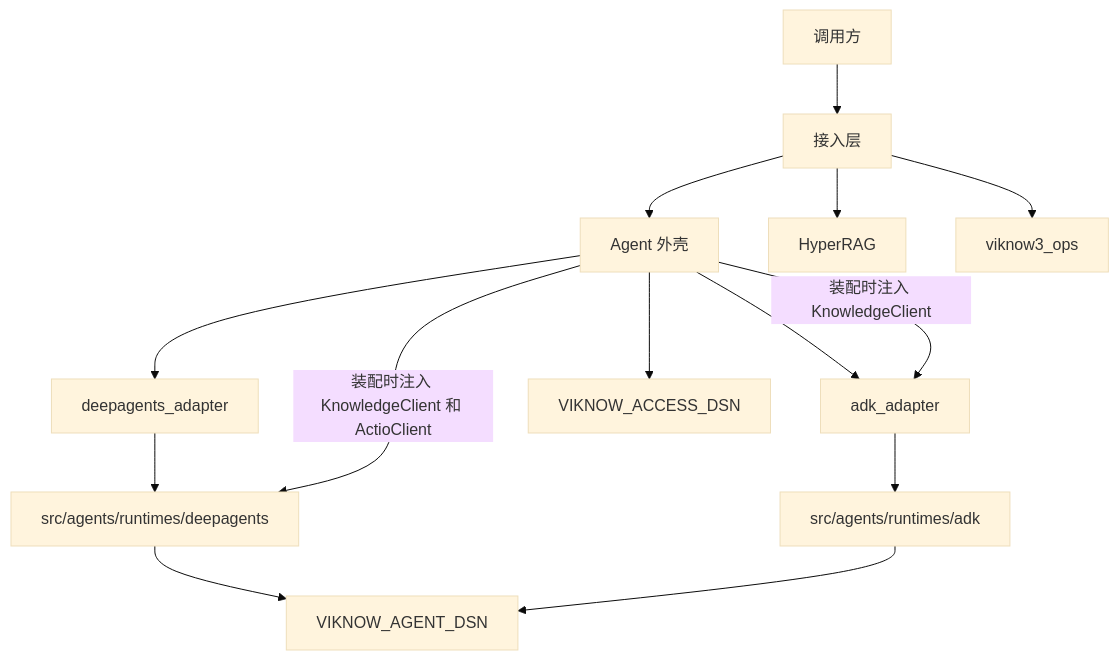
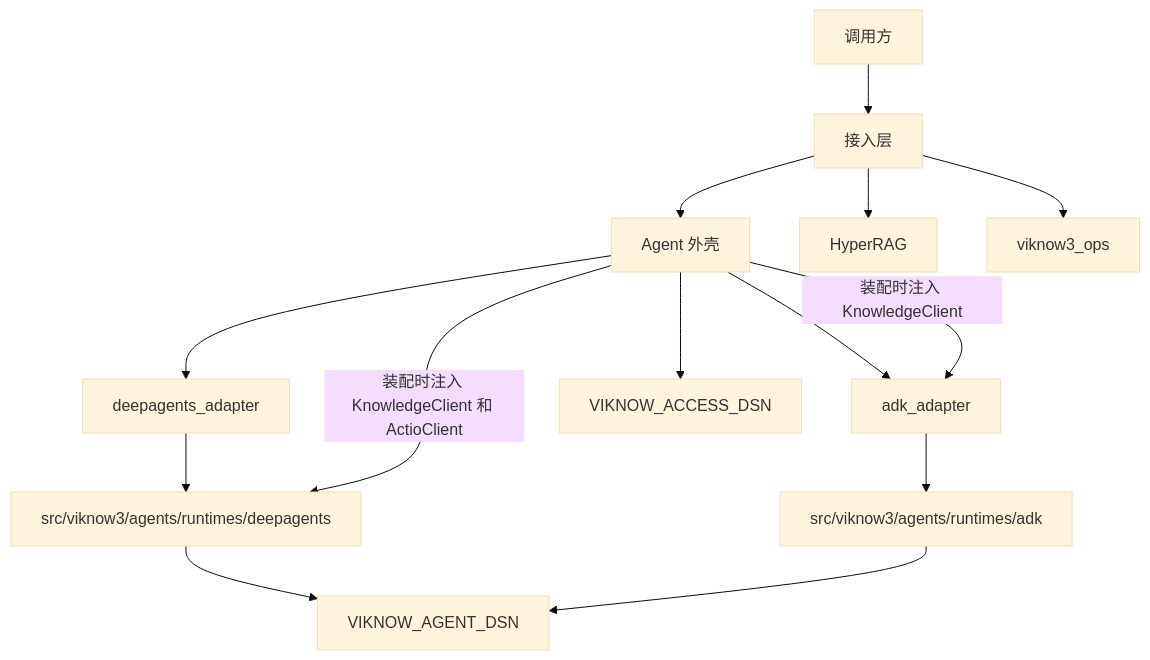
One commit to bigwubro/viknow-cloud-agent-bridge changed the diagram in viknow3-work/docs/overview.md. Above: the diagram before and after it, drawn with Mermaid (base theme). The commit also changed other lines of this file and 364 other files, not shown here.

````diff
--- a/viknow3-work/docs/overview.md
+++ b/viknow3-work/docs/overview.md
@@ -24,26 +24,26 @@
 ```mermaid
 flowchart TB
   caller["调用方"]
   access["接入层"]
   agent["Agent 外壳"]
   adapter["deepagents_adapter"]
-  runtime["src/agents/runtimes/deepagents"]
+  runtime["src/viknow3/agents/runtimes/deepagents"]
   adk["adk_adapter"]
-  adkrt["src/agents/runtimes/adk"]
+  adkrt["src/viknow3/agents/runtimes/adk"]
   knowledge["HyperRAG"]
   ops["viknow3_ops"]
   accessDb["VIKNOW_ACCESS_DSN"]
   agentDb["VIKNOW_AGENT_DSN"]
 
   caller --> access
   access --> agent
   access --> knowledge
   access --> ops
   agent --> adapter --> runtime
   agent --> adk --> adkrt
   agent --> accessDb
   runtime --> agentDb
   adkrt --> agentDb
   agent -->|"装配时注入 KnowledgeClient 和 ActioClient"| runtime
   agent -->|"装配时注入 KnowledgeClient"| adk
 ```
````
